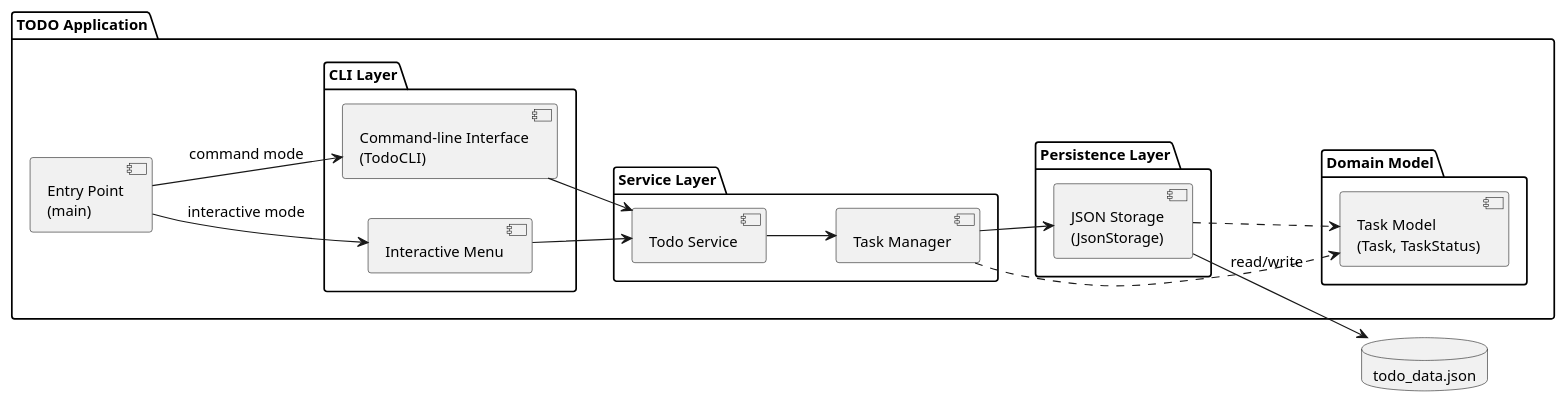
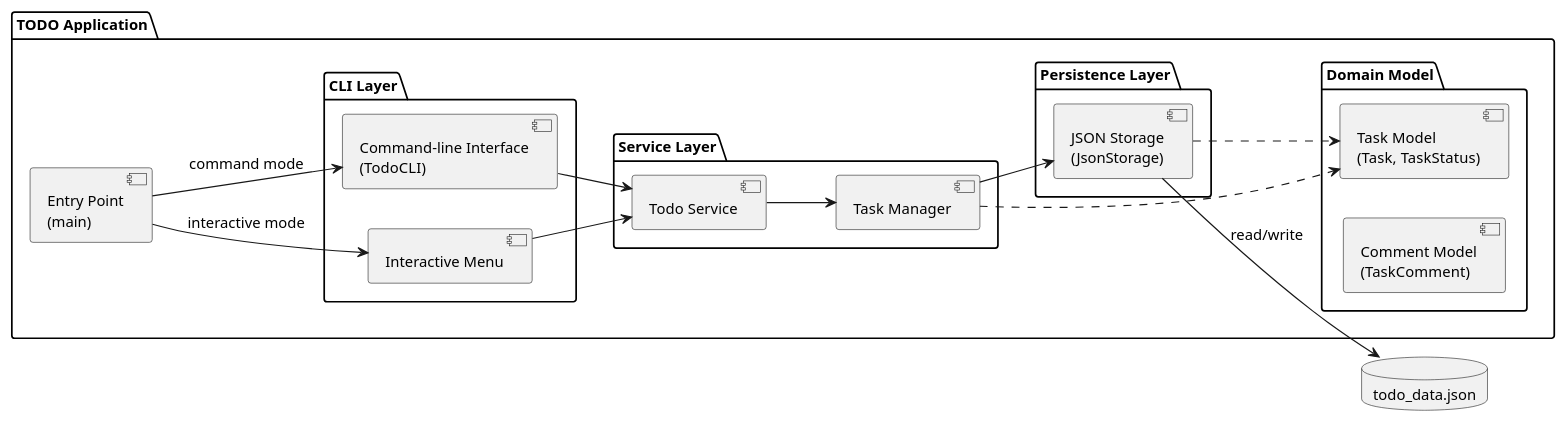
Before and after one commit to DanielRiha8906/Software_autoevolution_using_agents: the diagram in experiments/broadcast/test_driven/TODO/artifacts/component_diagram.puml, drawn with PlantUML.

Commit message:
Update component diagram to include TaskComment model

```diff
--- a/experiments/broadcast/test_driven/TODO/artifacts/component_diagram.puml
+++ b/experiments/broadcast/test_driven/TODO/artifacts/component_diagram.puml
@@ -1,46 +1,47 @@
 @startuml component_diagram
 
 skinparam componentStyle uml2
 skinparam defaultFontSize 13
 
 left to right direction
 
 package "TODO Application" {
 
     component "Entry Point\n(main)" as Main
 
     package "CLI Layer" {
         component "Interactive Menu" as IM
         component "Command-line Interface\n(TodoCLI)" as CLI
     }
 
     package "Service Layer" {
         component "Todo Service" as SVC
         component "Task Manager" as MGR
     }
 
     package "Domain Model" {
         component "Task Model\n(Task, TaskStatus)" as Model
+        component "Comment Model\n(TaskComment)" as CommentModel
     }
 
     package "Persistence Layer" {
         component "JSON Storage\n(JsonStorage)" as Storage
     }
 }
 
 database "todo_data.json" as DB
 
 Main --> IM : interactive mode
 Main --> CLI : command mode
 
 IM --> SVC
 CLI --> SVC
 
 SVC --> MGR
 MGR --> Storage
 MGR ..> Model
 Storage ..> Model
 
 Storage --> DB : read/write
 
 @enduml
```
